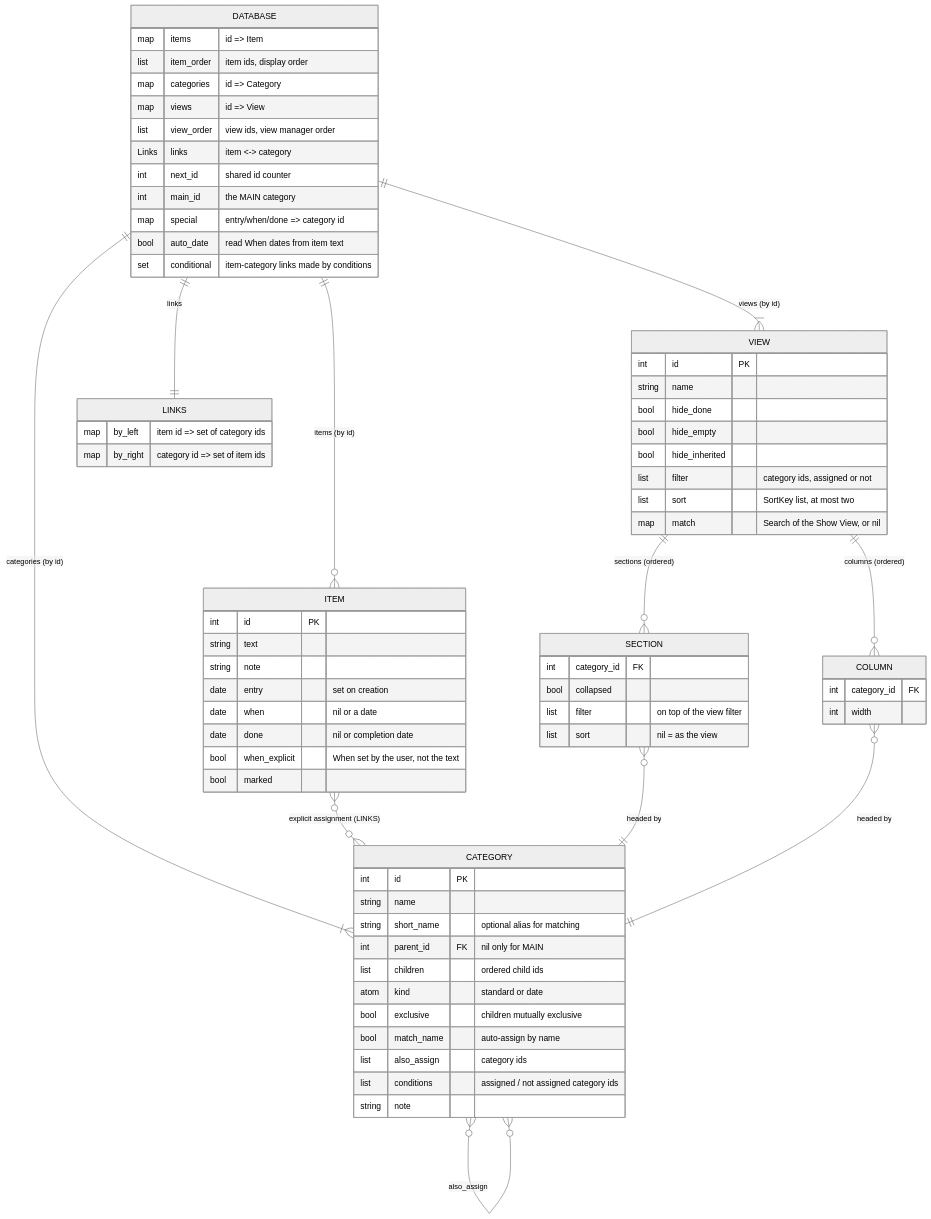
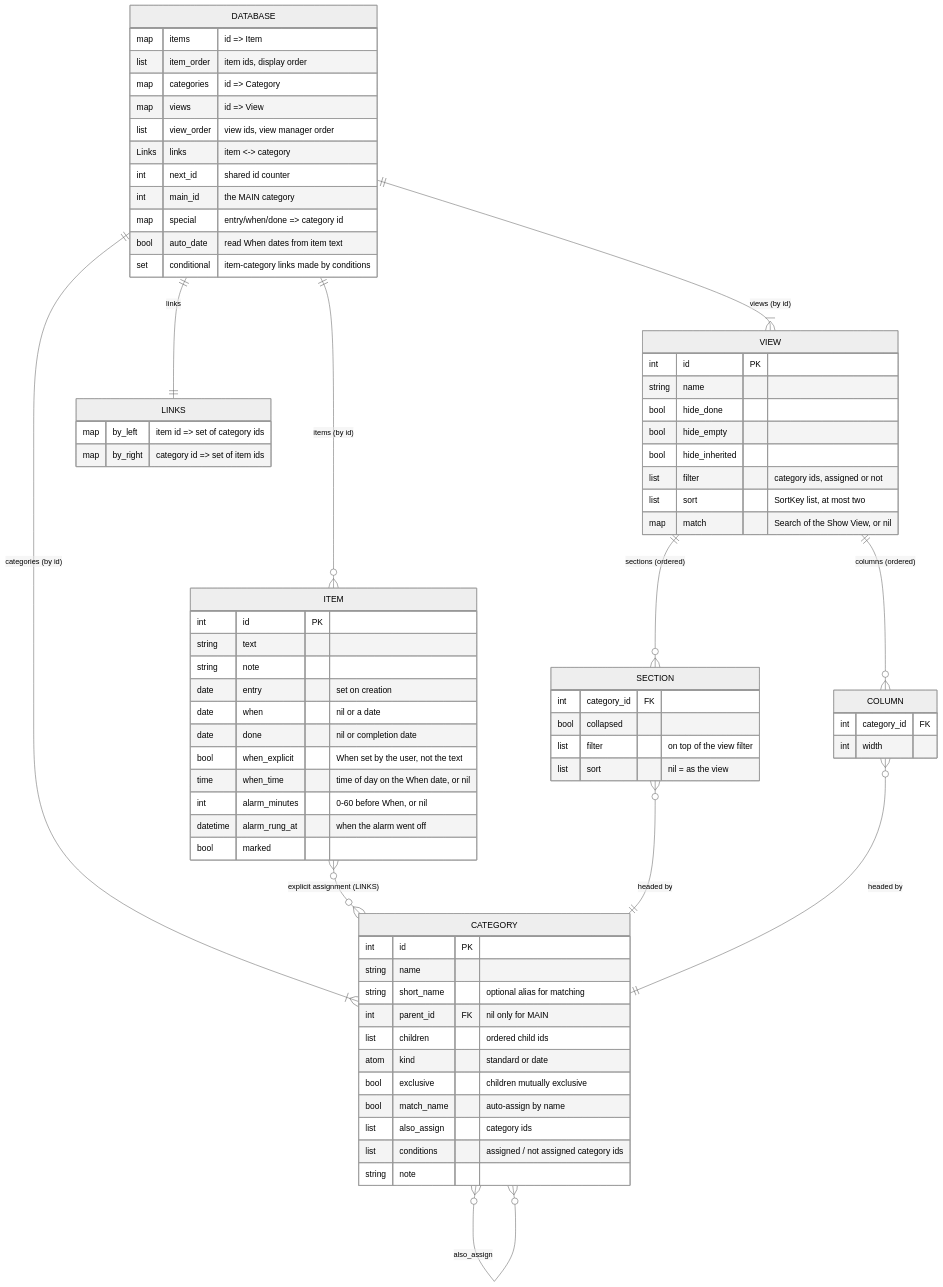
The first of 6 diagrams in docs/DATA_MODEL.md (jamting/agendum), drawn with Mermaid (neutral theme) before and after one commit. The commit also changed other lines of this file and 24 other files, not shown here.

````diff
--- a/docs/DATA_MODEL.md
+++ b/docs/DATA_MODEL.md
@@ -12,75 +12,78 @@
 ```mermaid
 erDiagram
     DATABASE ||--o{ ITEM : "items (by id)"
     DATABASE ||--|{ CATEGORY : "categories (by id)"
     DATABASE ||--|{ VIEW : "views (by id)"
     DATABASE ||--|| LINKS : "links"
     CATEGORY ||--o{ CATEGORY : "children (ordered)"
     ITEM }o--o{ CATEGORY : "explicit assignment (LINKS)"
     CATEGORY }o--o{ CATEGORY : "also_assign"
     VIEW ||--o{ SECTION : "sections (ordered)"
     VIEW ||--o{ COLUMN : "columns (ordered)"
     SECTION }o--|| CATEGORY : "headed by"
     COLUMN }o--|| CATEGORY : "headed by"
 
     DATABASE {
         map items "id => Item"
         list item_order "item ids, display order"
         map categories "id => Category"
         map views "id => View"
         list view_order "view ids, view manager order"
         Links links "item <-> category"
         int next_id "shared id counter"
         int main_id "the MAIN category"
         map special "entry/when/done => category id"
         bool auto_date "read When dates from item text"
         set conditional "item-category links made by conditions"
     }
     ITEM {
         int id PK
         string text
         string note
         date entry "set on creation"
         date when "nil or a date"
         date done "nil or completion date"
         bool when_explicit "When set by the user, not the text"
+        time when_time "time of day on the When date, or nil"
+        int alarm_minutes "0-60 before When, or nil"
+        datetime alarm_rung_at "when the alarm went off"
         bool marked
     }
     CATEGORY {
         int id PK
         string name
         string short_name "optional alias for matching"
         int parent_id FK "nil only for MAIN"
         list children "ordered child ids"
         atom kind "standard or date"
         bool exclusive "children mutually exclusive"
         bool match_name "auto-assign by name"
         list also_assign "category ids"
         list conditions "assigned / not assigned category ids"
         string note
     }
     VIEW {
         int id PK
         string name
         bool hide_done
         bool hide_empty
         bool hide_inherited
         list filter "category ids, assigned or not"
         list sort "SortKey list, at most two"
         map match "Search of the Show View, or nil"
     }
     SECTION {
         int category_id FK
         bool collapsed
         list filter "on top of the view filter"
         list sort "nil = as the view"
     }
     COLUMN {
         int category_id FK
         int width
     }
     LINKS {
         map by_left "item id => set of category ids"
         map by_right "category id => set of item ids"
     }
 ```
````
